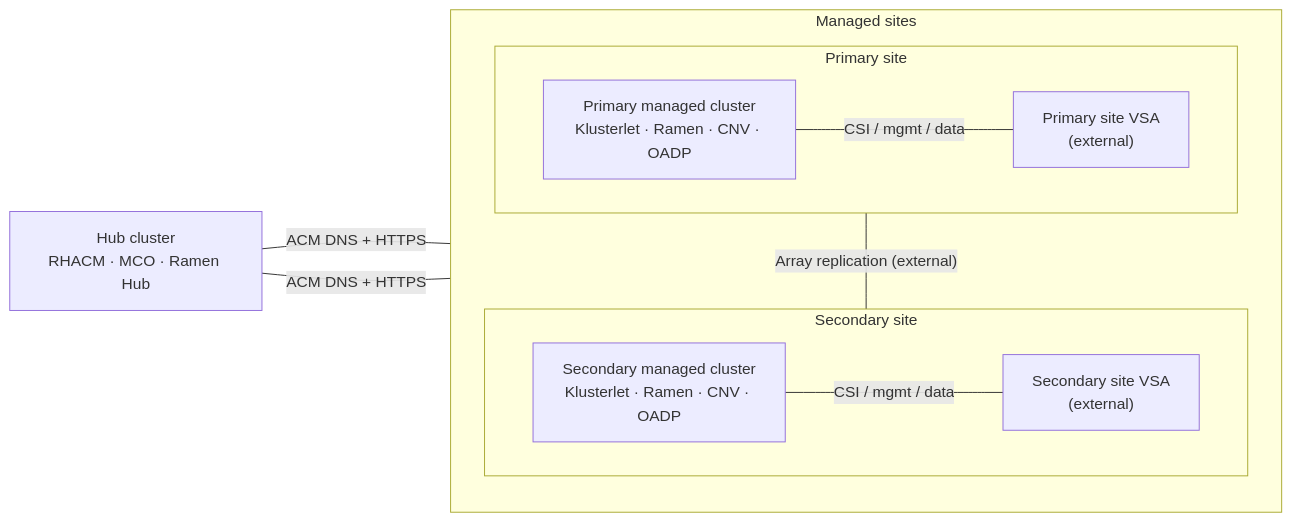
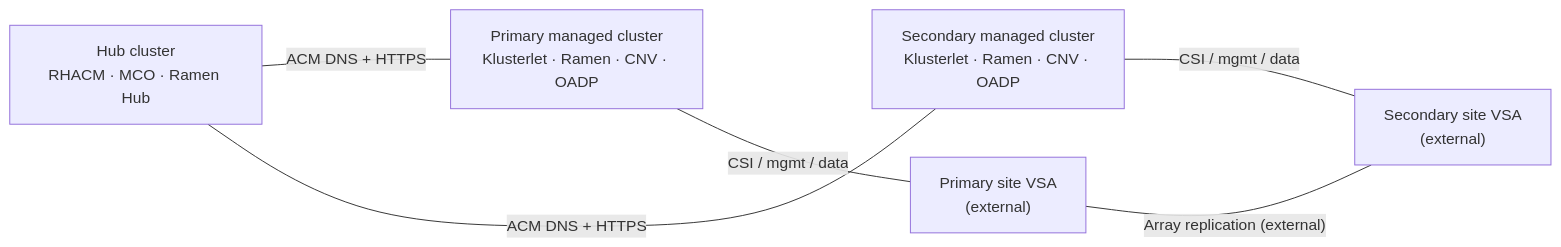
The fifth of 5 diagrams in docs/ramendr-hub-managed-connectivity.md (OAharoni-RedHat/ramendr-starter-kit), drawn with Mermaid before and after one commit.

Commit message:
Try another mermaid approach

````diff
--- a/docs/ramendr-hub-managed-connectivity.md
+++ b/docs/ramendr-hub-managed-connectivity.md
@@ -95,24 +95,18 @@
 ```mermaid
 flowchart LR
   Hub["Hub cluster<br/>RHACM · MCO · Ramen Hub"]
 
-  subgraph sites["Managed sites"]
-    direction TB
-    subgraph primarySite["Primary site"]
-      direction LR
-      Primary["Primary managed cluster<br/>Klusterlet · Ramen · CNV · OADP"]
-      VSA1["Primary site VSA<br/>(external)"]
-    end
-    subgraph secondarySite["Secondary site"]
-      direction LR
-      Secondary["Secondary managed cluster<br/>Klusterlet · Ramen · CNV · OADP"]
-      VSA2["Secondary site VSA<br/>(external)"]
-    end
-  end
+  Primary["Primary managed cluster<br/>Klusterlet · Ramen · CNV · OADP"]
+  Secondary["Secondary managed cluster<br/>Klusterlet · Ramen · CNV · OADP"]
+  VSA1["Primary site VSA<br/>(external)"]
+  VSA2["Secondary site VSA<br/>(external)"]
+
+  Primary ~~~ Secondary
+  VSA1 ~~~ VSA2
 
   Hub ---|"ACM DNS + HTTPS"| Primary
   Hub ---|"ACM DNS + HTTPS"| Secondary
   Primary ---|"CSI / mgmt / data"| VSA1
   Secondary ---|"CSI / mgmt / data"| VSA2
   VSA1 ---|"Array replication (external)"| VSA2
 ```
````
